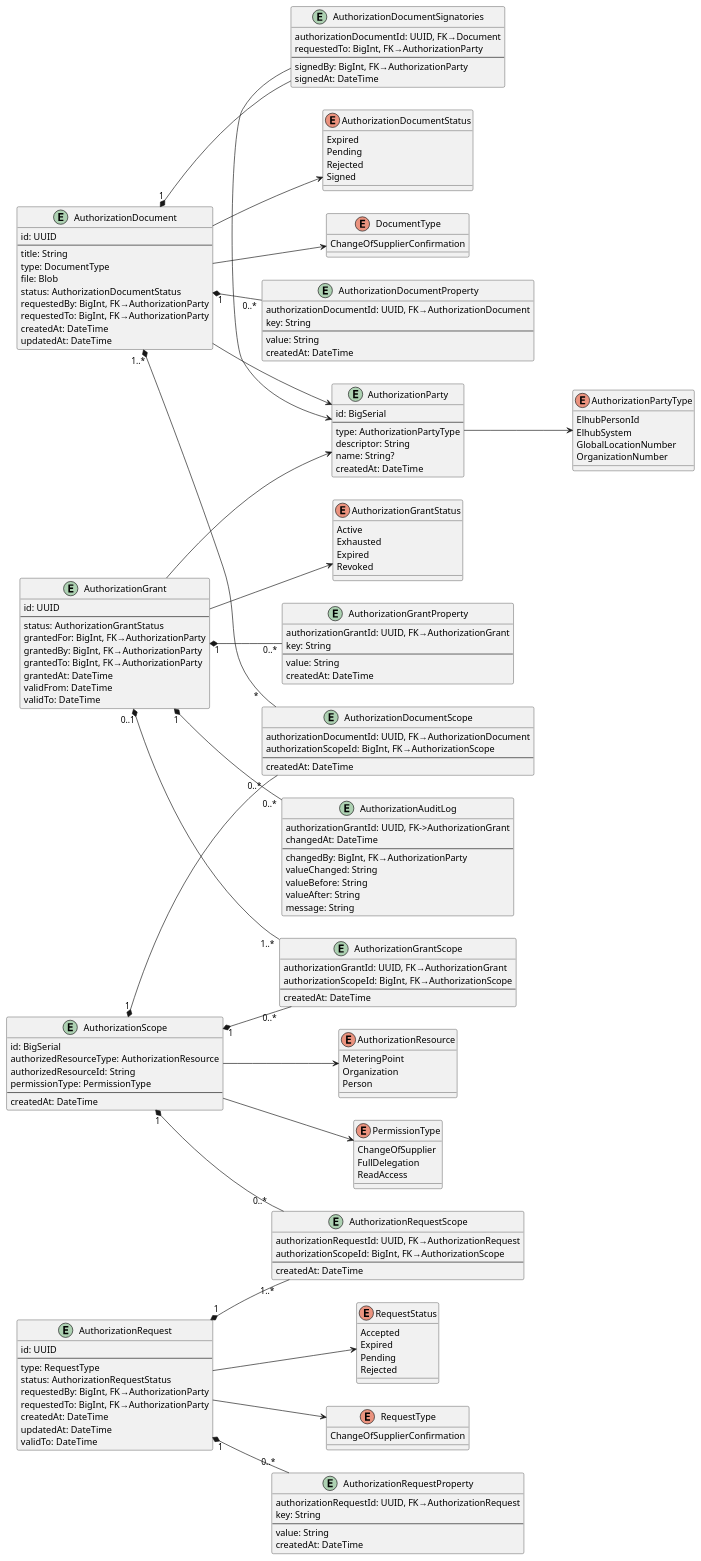
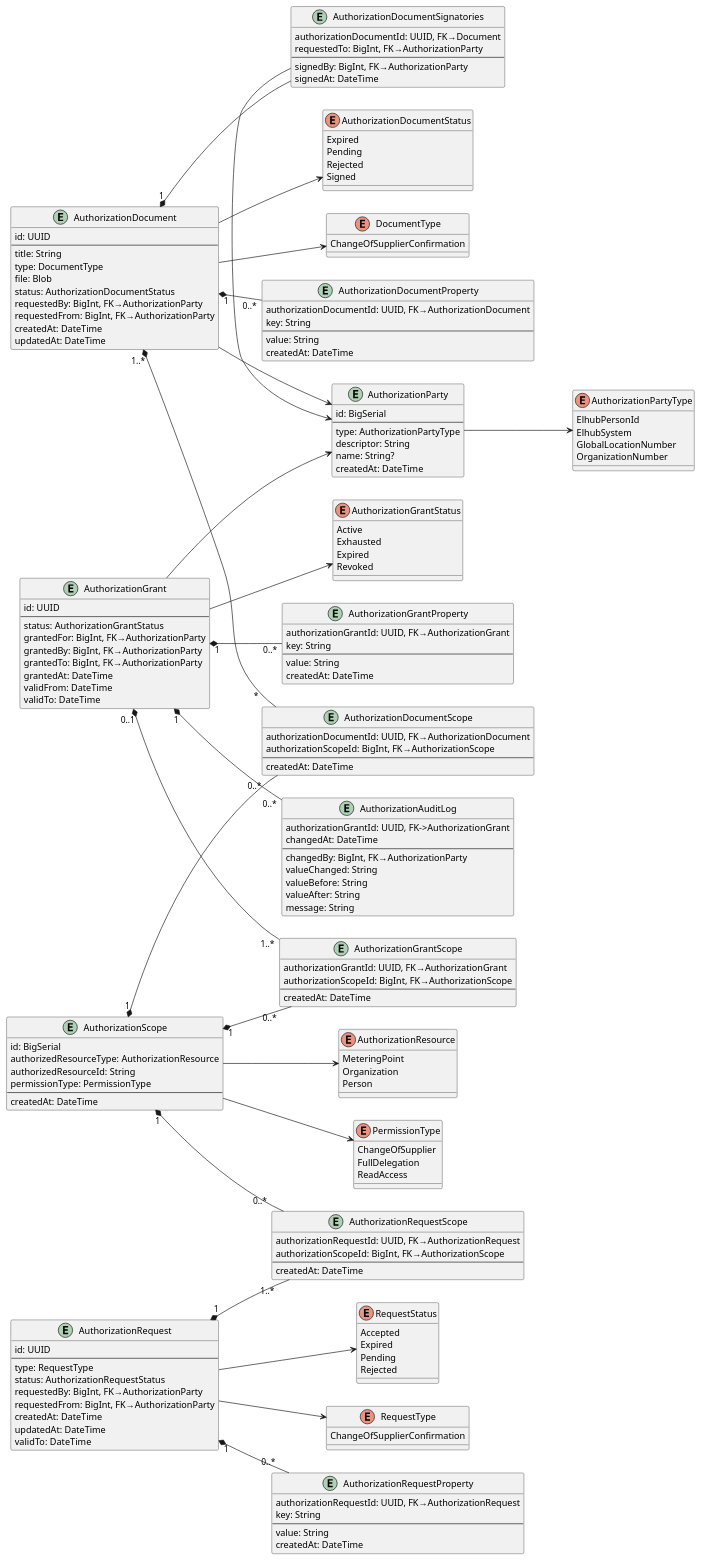
The diagram in docs/assets/datamodel.plantuml (elhub/auth-grant-manager), drawn with PlantUML before and after one commit. The commit also changed 18 other files, not shown here.

```diff
--- a/docs/assets/datamodel.plantuml
+++ b/docs/assets/datamodel.plantuml
@@ -95,7 +95,7 @@
   type: RequestType
   status: AuthorizationRequestStatus
   requestedBy: BigInt, FK→AuthorizationParty
-  requestedTo: BigInt, FK→AuthorizationParty
+  requestedFrom: BigInt, FK→AuthorizationParty
   createdAt: DateTime
   updatedAt: DateTime
   validTo: DateTime
@@ -118,7 +118,7 @@
   file: Blob
   status: AuthorizationDocumentStatus
   requestedBy: BigInt, FK→AuthorizationParty
-  requestedTo: BigInt, FK→AuthorizationParty
+  requestedFrom: BigInt, FK→AuthorizationParty
   createdAt: DateTime
   updatedAt: DateTime
 }
```
